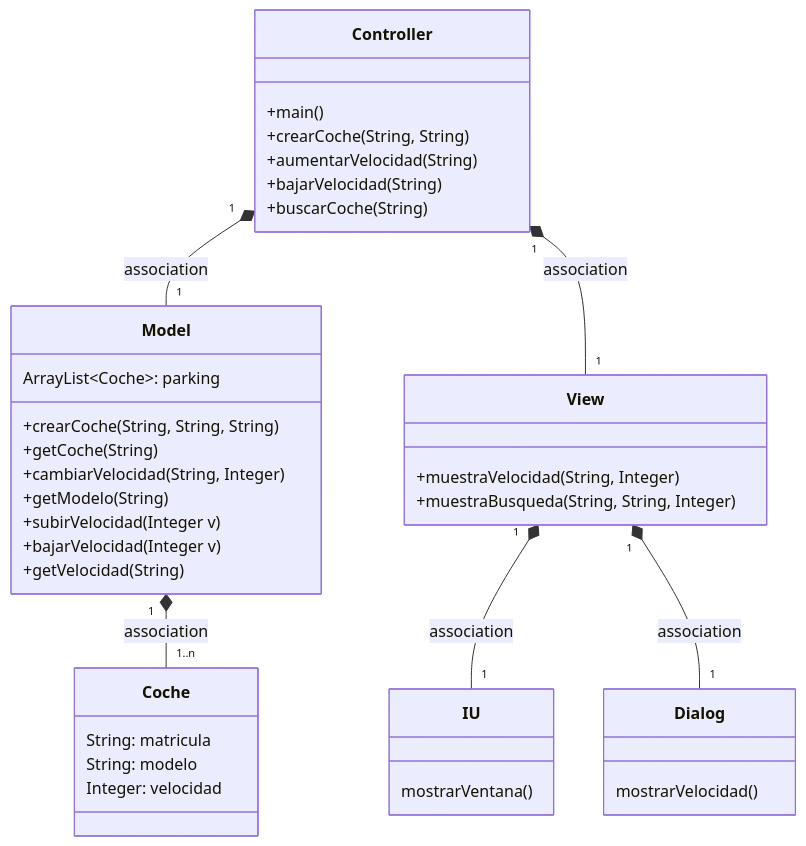
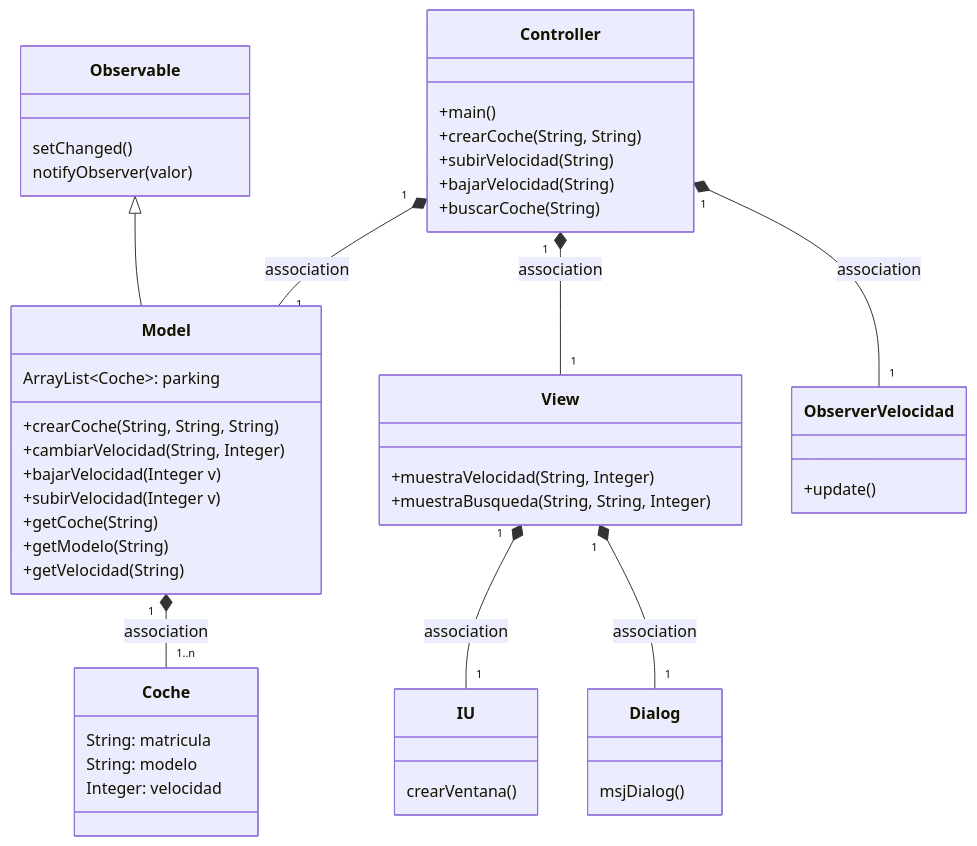
Before and after one commit to samueldam1/MVC_coches: the first of 2 diagrams in Readme.md, drawn with Mermaid. The commit also changed other lines of this file, not shown here.

````diff
--- a/Readme.md
+++ b/Readme.md
@@ -8,38 +3,49 @@
 ```mermaid
 classDiagram
+    class Observable {
+        setChanged()
+        notifyObserver(valor)
+    }
     class Coche {
         String: matricula
         String: modelo
         Integer: velocidad
     }
-      class Controller{
-          +main()
-          +crearCoche(String, String)
-          +aumentarVelocidad(String)
-          +bajarVelocidad(String)
-          +buscarCoche(String)
-      }
-      class View {
-      +muestraVelocidad(String, Integer)
-      +muestraBusqueda(String, String, Integer)
-      }
-      class Model {
-          ArrayList~Coche~: parking
-          +crearCoche(String, String, String)
-          +getCoche(String)
-          +cambiarVelocidad(String, Integer)
-          +getModelo(String)
-          +subirVelocidad(Integer v)
-          +bajarVelocidad(Integer v)
-          +getVelocidad(String)
-      }
+    class Controller{
+        +main()
+        +crearCoche(String, String)
+        +subirVelocidad(String)
+        +bajarVelocidad(String)
+        +buscarCoche(String)
+    }
       
-      class IU { mostrarVentana()}
+    class View {
+        +muestraVelocidad(String, Integer)
+        +muestraBusqueda(String, String, Integer)
+    }
       
-      class Dialog { mostrarVelocidad() }
+    class Model {
+        ArrayList~Coche~: parking
+        +crearCoche(String, String, String)
+        +cambiarVelocidad(String, Integer)
+        +bajarVelocidad(Integer v)
+        +subirVelocidad(Integer v)
+        +getCoche(String)
+        +getModelo(String)
+        +getVelocidad(String)
+    }
+      
+    class IU { crearVentana() }
+      
+    class Dialog { msjDialog() }
+      
+    class ObserverVelocidad { +update() }
+    
+    Controller "1" *-- "1" ObserverVelocidad: association
     Controller "1" *-- "1" Model : association
     Controller "1" *-- "1" View : association
     Model "1" *-- "1..n" Coche : association
+    Observable <|-- Model
     View "1" *-- "1" IU : association
     View "1" *-- "1" Dialog : association
 ```
````
